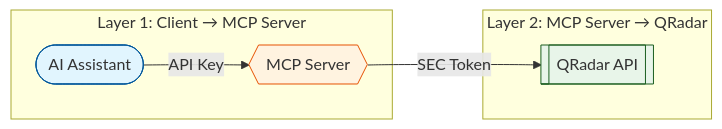
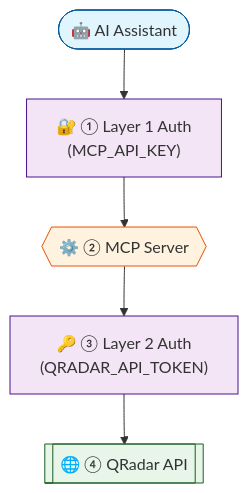
Before and after one commit to IBM/qradar-mcp-server: the third of 3 diagrams in README.md, drawn with Mermaid. The commit also changed other lines of this file and 1 other file, not shown here.

First line of the commit message:
fix: authenticate /messages/ and document fail-closed MCP_API_KEY

````diff
--- a/README.md
+++ b/README.md
@@ -43,15 +226,17 @@
 ```mermaid
 %%{init: {'theme': 'default'}}%%
-flowchart LR
-    subgraph "Layer 1: Client → MCP Server"
-        A(["AI Assistant"]) -->|"API Key"| B{{"MCP Server"}}
-    end
+flowchart TB
+    A(["🤖 AI Assistant"])
+    K1["🔐 ① Layer 1 Auth<br/>(MCP_API_KEY)"]
+    B{{"⚙️ ② MCP Server"}}
+    K2["🔑 ③ Layer 2 Auth<br/>(QRADAR_API_TOKEN)"]
+    D[["🌐 ④ QRadar API"]]
 
-    subgraph "Layer 2: MCP Server → QRadar"
-        B -->|"SEC Token"| D[["QRadar API"]]
-    end
+    A --> K1 --> B --> K2 --> D
 
     style A fill:#e1f5fe,stroke:#01579b
+    style K1 fill:#f3e5f5,stroke:#4a148c
     style B fill:#fff3e0,stroke:#e65100
+    style K2 fill:#f3e5f5,stroke:#4a148c
     style D fill:#e8f5e9,stroke:#1b5e20
 ```
````
